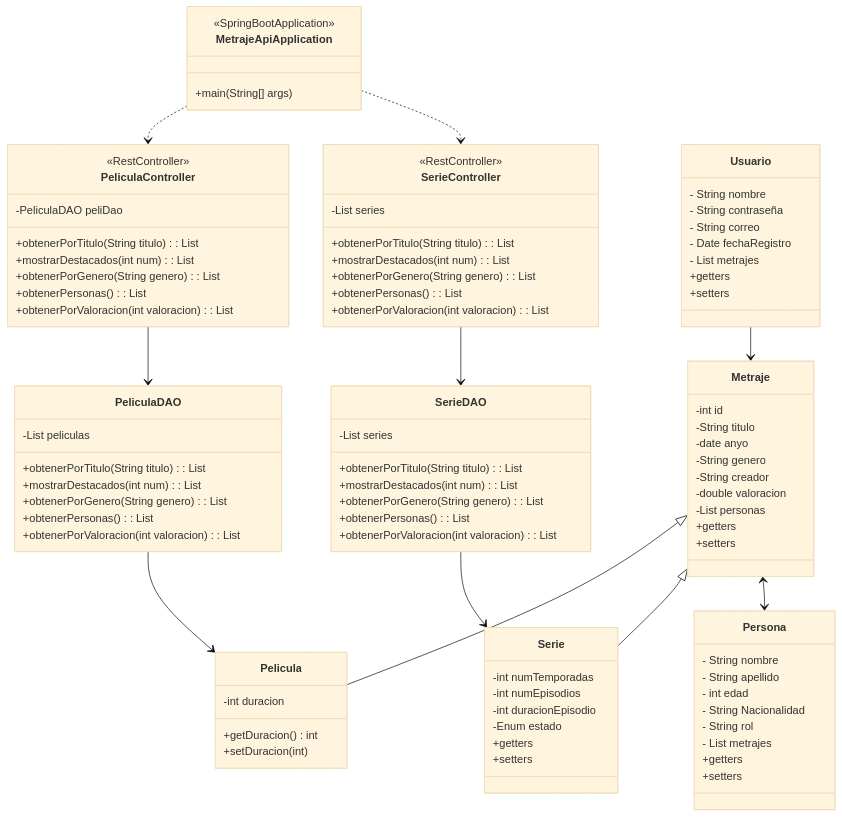
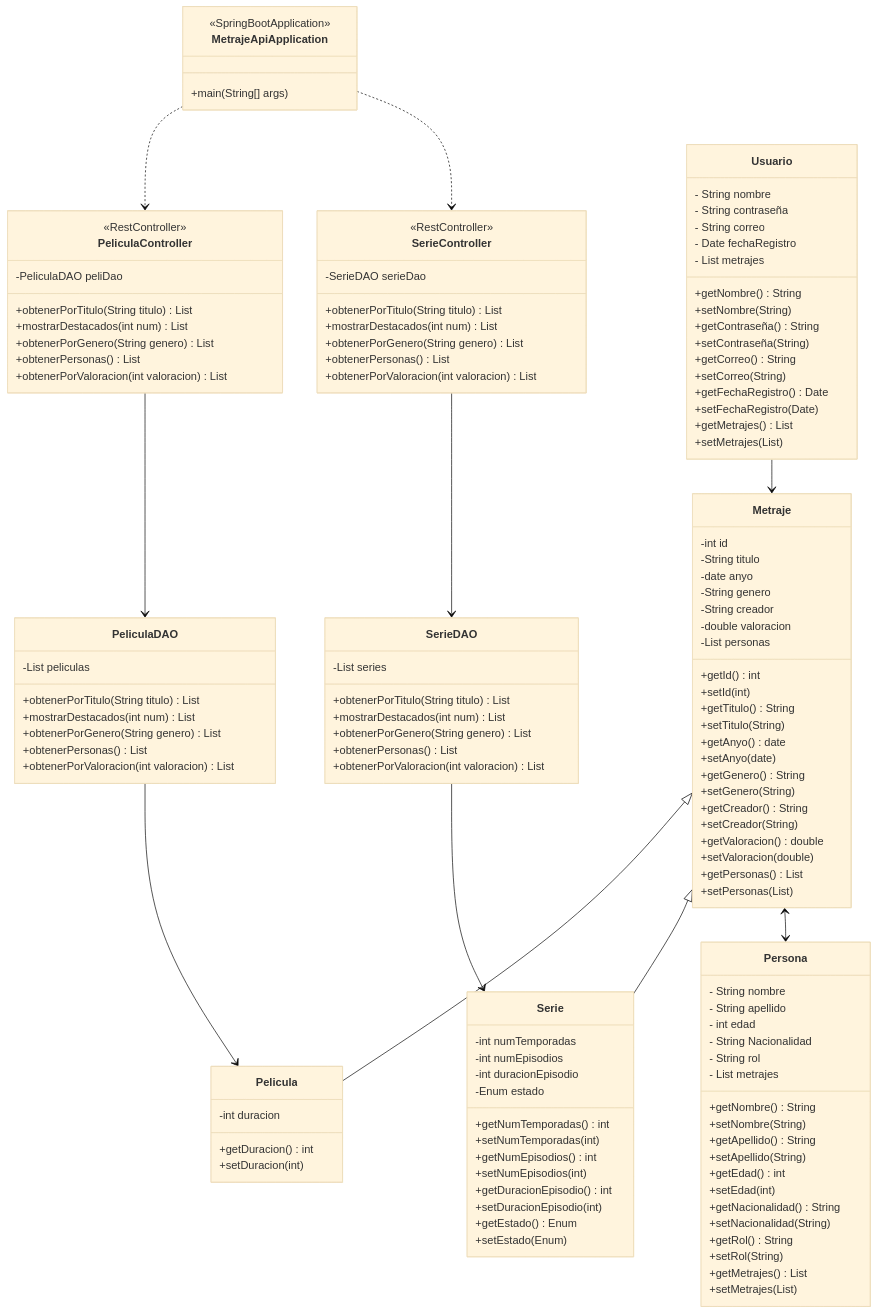
The diagram in diseño/diagrama_clase.md (JesusCanas/PlotTwist), drawn with Mermaid (base theme) before and after one commit.

```diff
--- a/diseño/diagrama_clase.md
+++ b/diseño/diagrama_clase.md
@@ -9,8 +9,20 @@
         -String creador
         -double valoracion
         -List <Persona> personas
-        +getters
-        +setters
+        +getId() int
+        +setId(int)
+        +getTitulo() String
+        +setTitulo(String)
+        +getAnyo() date
+        +setAnyo(date)
+        +getGenero() String
+        +setGenero(String)
+        +getCreador() String
+        +setCreador(String)
+        +getValoracion() double
+        +setValoracion(double)
+        +getPersonas() List<Persona>
+        +setPersonas(List<Persona>)
     }
 
     class Pelicula {
@@ -24,8 +36,14 @@
         -int numEpisodios
         -int duracionEpisodio
         -Enum estado
-        +getters
-        +setters
+        +getNumTemporadas() int
+        +setNumTemporadas(int)
+        +getNumEpisodios() int
+        +setNumEpisodios(int)
+        +getDuracionEpisodio() int
+        +setDuracionEpisodio(int)
+        +getEstado() Enum
+        +setEstado(Enum)
     }
     class Persona {
         - String nombre
@@ -34,46 +52,56 @@
         - String Nacionalidad
         - String rol
         - List<Metraje> metrajes
-        +getters
-        +setters
+        +getNombre() String
+        +setNombre(String)
+        +getApellido() String
+        +setApellido(String)
+        +getEdad() int
+        +setEdad(int)
+        +getNacionalidad() String
+        +setNacionalidad(String)
+        +getRol() String
+        +setRol(String)
+        +getMetrajes() List<Metraje>
+        +setMetrajes(List<Metraje>)
     }
 
     class PeliculaDAO {
         -List<Pelicula> peliculas 
-        +obtenerPorTitulo(String titulo) : List<Pelicula>
-        +mostrarDestacados(int num) : List<Pelicula>
-        +obtenerPorGenero(String genero) : List<Pelicula>
-        +obtenerPersonas() : List<Persona>
-        +obtenerPorValoracion(int valoracion) : List<Pelicula>
+        +obtenerPorTitulo(String titulo)  List<Pelicula>
+        +mostrarDestacados(int num) List<Pelicula>
+        +obtenerPorGenero(String genero) List<Pelicula>
+        +obtenerPersonas() List<Persona>
+        +obtenerPorValoracion(int valoracion) List<Pelicula>
     }
 
     class SerieDAO {
         -List<Serie> series 
-        +obtenerPorTitulo(String titulo) : List<Serie>
-        +mostrarDestacados(int num) : List<Serie>
-        +obtenerPorGenero(String genero) : List<Serie>
-        +obtenerPersonas() : List<Persona>
-        +obtenerPorValoracion(int valoracion) : List<Serie>
+        +obtenerPorTitulo(String titulo) List<Serie>
+        +mostrarDestacados(int num) List<Serie>
+        +obtenerPorGenero(String genero)  List<Serie>
+        +obtenerPersonas() List<Persona>
+        +obtenerPorValoracion(int valoracion) List<Serie>
     }
 
     class PeliculaController {
         <<RestController>>
         -PeliculaDAO peliDao
-        +obtenerPorTitulo(String titulo) : List<Pelicula>
-        +mostrarDestacados(int num) : List<Pelicula>
-        +obtenerPorGenero(String genero) : List<Pelicula>
-        +obtenerPersonas() : List<Persona>
-        +obtenerPorValoracion(int valoracion) : List<Pelicula>
+        +obtenerPorTitulo(String titulo)  List<Pelicula>
+        +mostrarDestacados(int num)  List<Pelicula>
+        +obtenerPorGenero(String genero)  List<Pelicula>
+        +obtenerPersonas()  List<Persona>
+        +obtenerPorValoracion(int valoracion)  List<Pelicula>
     }
 
       class SerieController {
         <<RestController>>
-        -List<Serie> series 
-        +obtenerPorTitulo(String titulo) : List<Serie>
-        +mostrarDestacados(int num) : List<Serie>
-        +obtenerPorGenero(String genero) : List<Serie>
-        +obtenerPersonas() : List<Persona>
-        +obtenerPorValoracion(int valoracion) : List<Serie>
+        -SerieDAO serieDao
+        +obtenerPorTitulo(String titulo) List<Serie>
+        +mostrarDestacados(int num) List<Serie>
+        +obtenerPorGenero(String genero)  List<Serie>
+        +obtenerPersonas() List<Persona>
+        +obtenerPorValoracion(int valoracion) List<Serie>
     }
 
     class MetrajeApiApplication {
@@ -87,8 +115,16 @@
         - String correo
         - Date fechaRegistro 
         - List<Metraje> metrajes
-        +getters
-        +setters
+        +getNombre() String
+        +setNombre(String)
+        +getContraseña() String
+        +setContraseña(String)
+        +getCorreo() String
+        +setCorreo(String)
+        +getFechaRegistro() Date
+        +setFechaRegistro(Date)
+        +getMetrajes() List<Metraje>
+        +setMetrajes(List<Metraje>)
     }
 
     Metraje <|-- Pelicula
```
